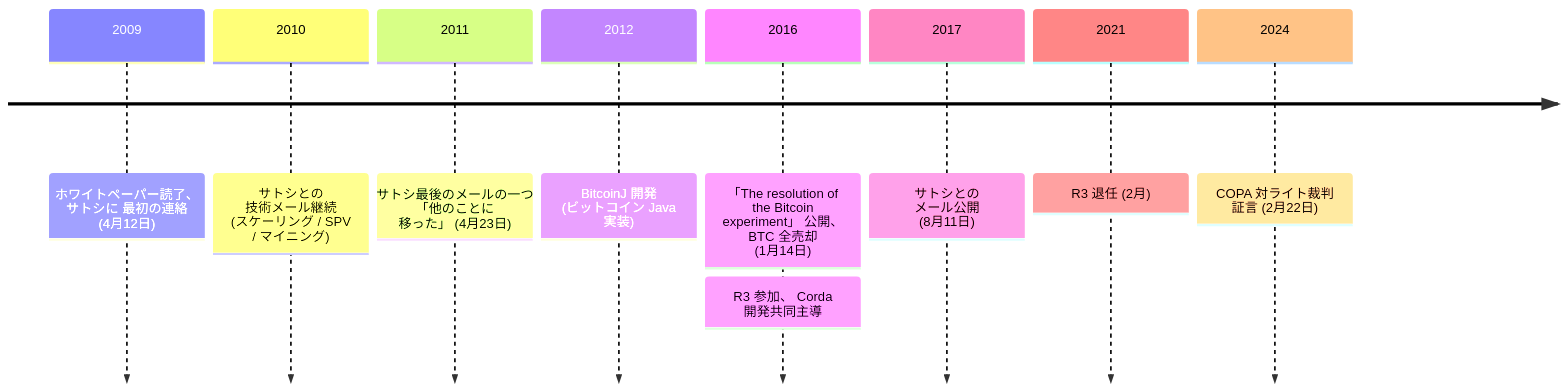
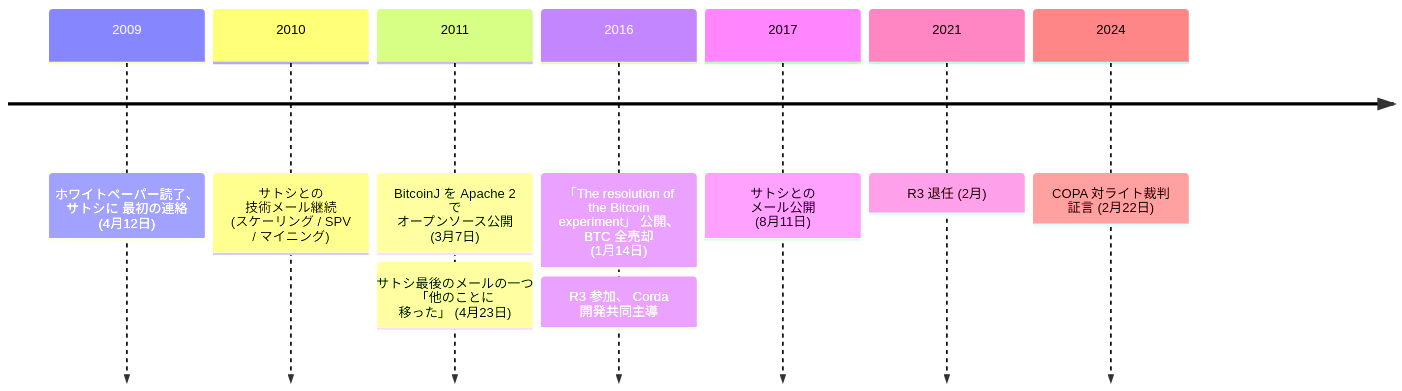
Before and after one commit to cypher256/BitcoinArchive: the diagram in src/data/translations/ja/aftermath/2009-04-12-mike-hearn-biography.md, drawn with Mermaid. The commit also changed 66 other files, not shown here.

````diff
--- a/src/data/translations/ja/aftermath/2009-04-12-mike-hearn-biography.md
+++ b/src/data/translations/ja/aftermath/2009-04-12-mike-hearn-biography.md
@@ -61,18 +61,19 @@
 ```mermaid
 timeline
     2009 : ホワイトペーパー読了、 サトシに 最初の連絡 (4月12日)
     %% link: /BitcoinArchive/ja/entries/correspondence/mike-hearn/questions/2009-04-12-hearn-to-satoshi-questions/
     2010 : サトシとの 技術メール継続 (スケーリング / SPV / マイニング)
     %% link: /BitcoinArchive/ja/entries/correspondence/mike-hearn/more-questions/2010-12-27-hearn-to-satoshi-more-questions/
-    2011 : サトシ最後のメールの一つ 「他のことに 移った」 (4月23日)
+    2011 : BitcoinJ を Apache 2 で オープンソース公開 (3月7日)
+    %% link: /BitcoinArchive/ja/entries/correspondence/mike-hearn/bitcoinj/2011-03-07-hearn-to-satoshi-bitcoinj-release/
+         : サトシ最後のメールの一つ 「他のことに 移った」 (4月23日)
     %% link: /BitcoinArchive/ja/entries/correspondence/mike-hearn/holding-coins/2011-04-23-satoshi-to-hearn-moved-on/
-    2012 : BitcoinJ 開発 (ビットコイン Java 実装)
     2016 : 「The resolution of the Bitcoin experiment」 公開、 BTC 全売却 (1月14日)
     %% link: /BitcoinArchive/ja/entries/aftermath/2016-01-14-mike-hearn-resolution-bitcoin-experiment/
          : R3 参加、 Corda 開発共同主導
     2017 : サトシとの メール公開 (8月11日)
     %% link: /BitcoinArchive/ja/entries/aftermath/2017-08-11-mike-hearn-publishes-emails/
     2021 : R3 退任 (2月)
     2024 : COPA 対ライト裁判 証言 (2月22日)
     %% link: /BitcoinArchive/ja/entries/aftermath/2024-02-22-mike-hearn-copa-trial-testimony/
 ```
````
